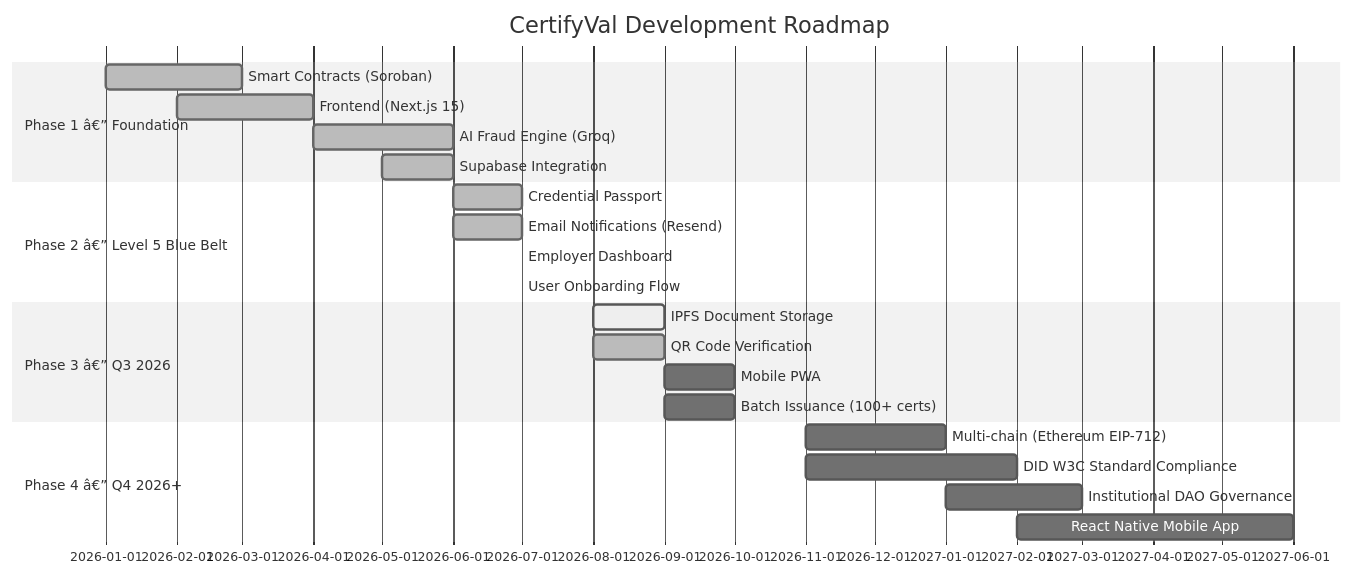
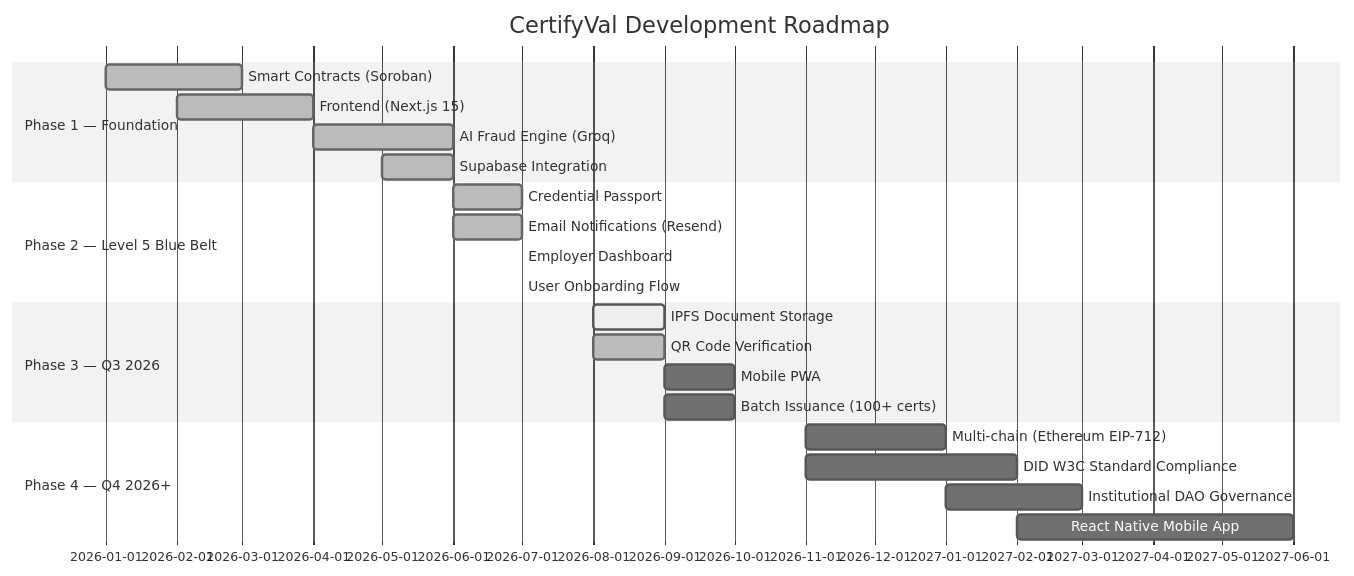
One commit to sohansarkar07/Digital-certificate-validator-full-project changed diagram 15 of 15 in README.md. Above: the diagram before and after it, drawn with Mermaid (neutral theme). The commit also changed other lines of this file, not shown here.

````diff
--- a/README.md
+++ b/README.md
@@ -906,28 +907,28 @@
 ```mermaid
 gantt
     title CertifyVal Development Roadmap
     dateFormat  YYYY-MM
-    section Phase 1 â€” Foundation
+    section Phase 1 — Foundation
     Smart Contracts (Soroban)       :done,   p1a, 2026-01, 2026-03
     Frontend (Next.js 15)           :done,   p1b, 2026-02, 2026-04
     AI Fraud Engine (Groq)          :done,   p1c, 2026-04, 2026-06
     Supabase Integration            :done,   p1d, 2026-05, 2026-06
 
-    section Phase 2 â€” Level 5 Blue Belt
+    section Phase 2 — Level 5 Blue Belt
     Credential Passport             :done,   p2a, 2026-06, 2026-07
     Email Notifications (Resend)    :done,   p2b, 2026-06, 2026-07
     Employer Dashboard              :done,   p2c, 2026-07, 2026-07
     User Onboarding Flow            :done,   p2d, 2026-07, 2026-07
 
-    section Phase 3 â€” Q3 2026
+    section Phase 3 — Q3 2026
     IPFS Document Storage           :active, p3a, 2026-08, 2026-09
     QR Code Verification            :done,   p3b, 2026-08, 2026-09
     Mobile PWA                      :        p3c, 2026-09, 2026-10
     Batch Issuance (100+ certs)     :        p3d, 2026-09, 2026-10
 
-    section Phase 4 â€” Q4 2026+
+    section Phase 4 — Q4 2026+
     Multi-chain (Ethereum EIP-712)  :        p4a, 2026-11, 2027-01
     DID W3C Standard Compliance     :        p4b, 2026-11, 2027-02
     Institutional DAO Governance    :        p4c, 2027-01, 2027-03
     React Native Mobile App         :        p4d, 2027-02, 2027-06
 ```
````
